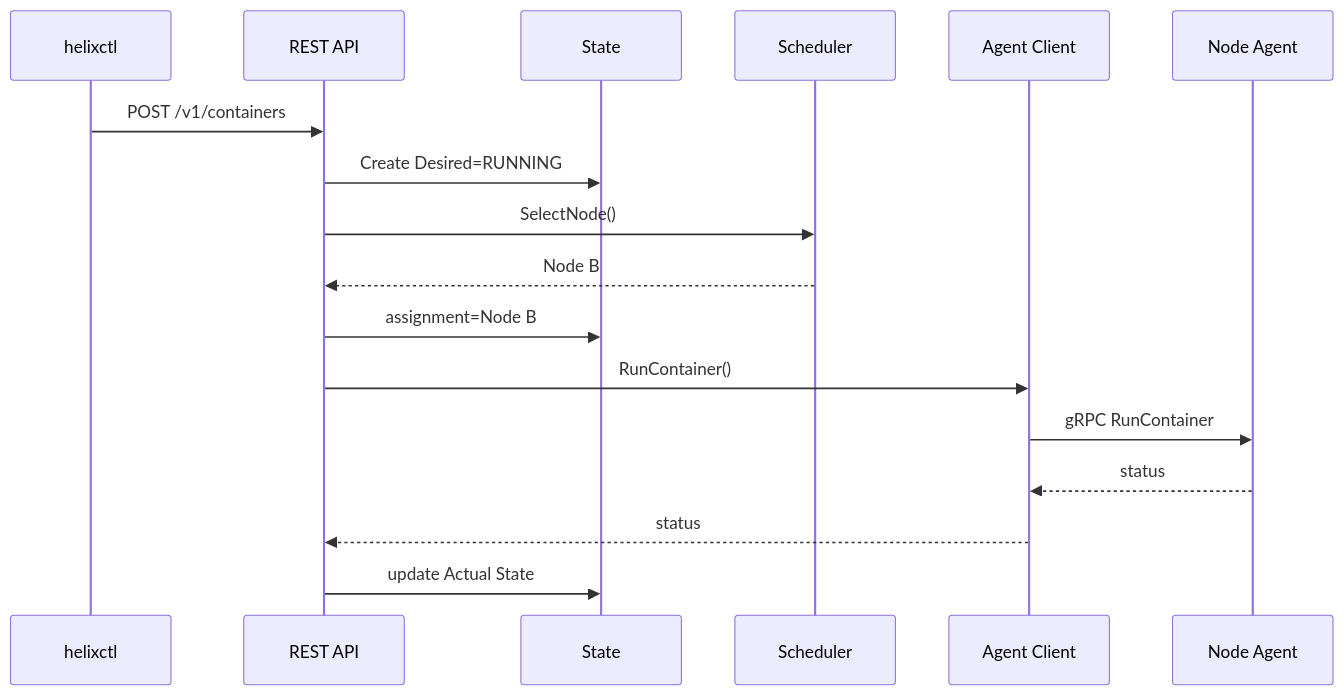
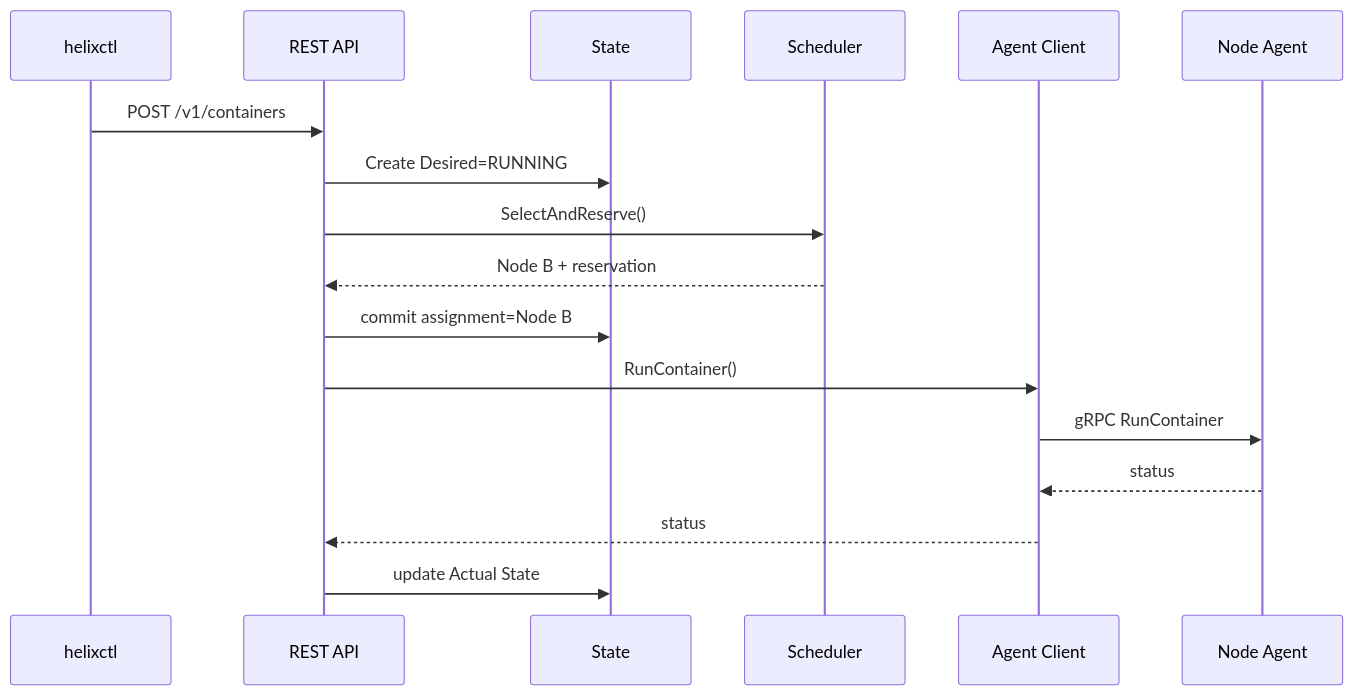
The second of 3 diagrams in docs/CONTROL_PLANE.md (yamaankhan20/helixctl), drawn with Mermaid before and after one commit. The commit also changed other lines of this file and 8 other files, not shown here.

````diff
--- a/docs/CONTROL_PLANE.md
+++ b/docs/CONTROL_PLANE.md
@@ -685,20 +712,20 @@
 ```mermaid
 sequenceDiagram
     participant U as helixctl
     participant API as REST API
     participant ST as State
     participant S as Scheduler
     participant AC as Agent Client
     participant A as Node Agent
 
     U->>API: POST /v1/containers
     API->>ST: Create Desired=RUNNING
-    API->>S: SelectNode()
-    S-->>API: Node B
-    API->>ST: assignment=Node B
+    API->>S: SelectAndReserve()
+    S-->>API: Node B + reservation
+    API->>ST: commit assignment=Node B
     API->>AC: RunContainer()
     AC->>A: gRPC RunContainer
     A-->>AC: status
     AC-->>API: status
     API->>ST: update Actual State
 ```
````
